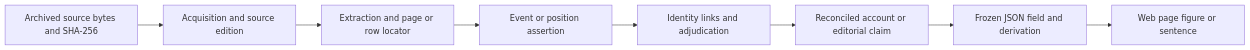
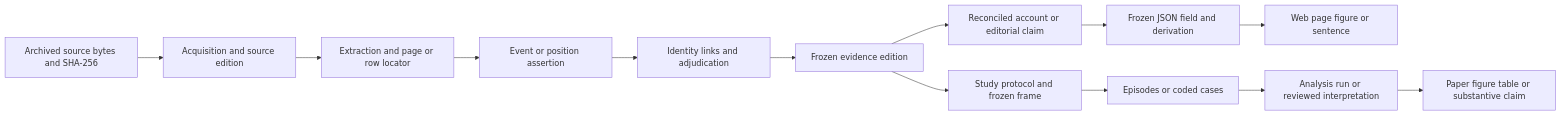
One commit to MinhHaDuong/climate-finance-het changed the diagram in docs/jetp-backend-design.md. Above: the diagram before and after it, drawn with Mermaid. The commit also changed other lines of this file and 2 other files, not shown here.

````diff
--- a/docs/jetp-backend-design.md
+++ b/docs/jetp-backend-design.md
@@ -453,10 +672,15 @@
 ```mermaid
 flowchart LR
     A[Archived source bytes and SHA-256] --> B[Acquisition and source edition]
     B --> C[Extraction and page or row locator]
     C --> D[Event or position assertion]
     D --> E[Identity links and adjudication]
-    E --> F[Reconciled account or editorial claim]
+    E --> V[Frozen evidence edition]
+    V --> F[Reconciled account or editorial claim]
     F --> G[Frozen JSON field and derivation]
     G --> H[Web page figure or sentence]
+    V --> I[Study protocol and frozen frame]
+    I --> J[Episodes or coded cases]
+    J --> K[Analysis run or reviewed interpretation]
+    K --> L[Paper figure table or substantive claim]
 ```
````
